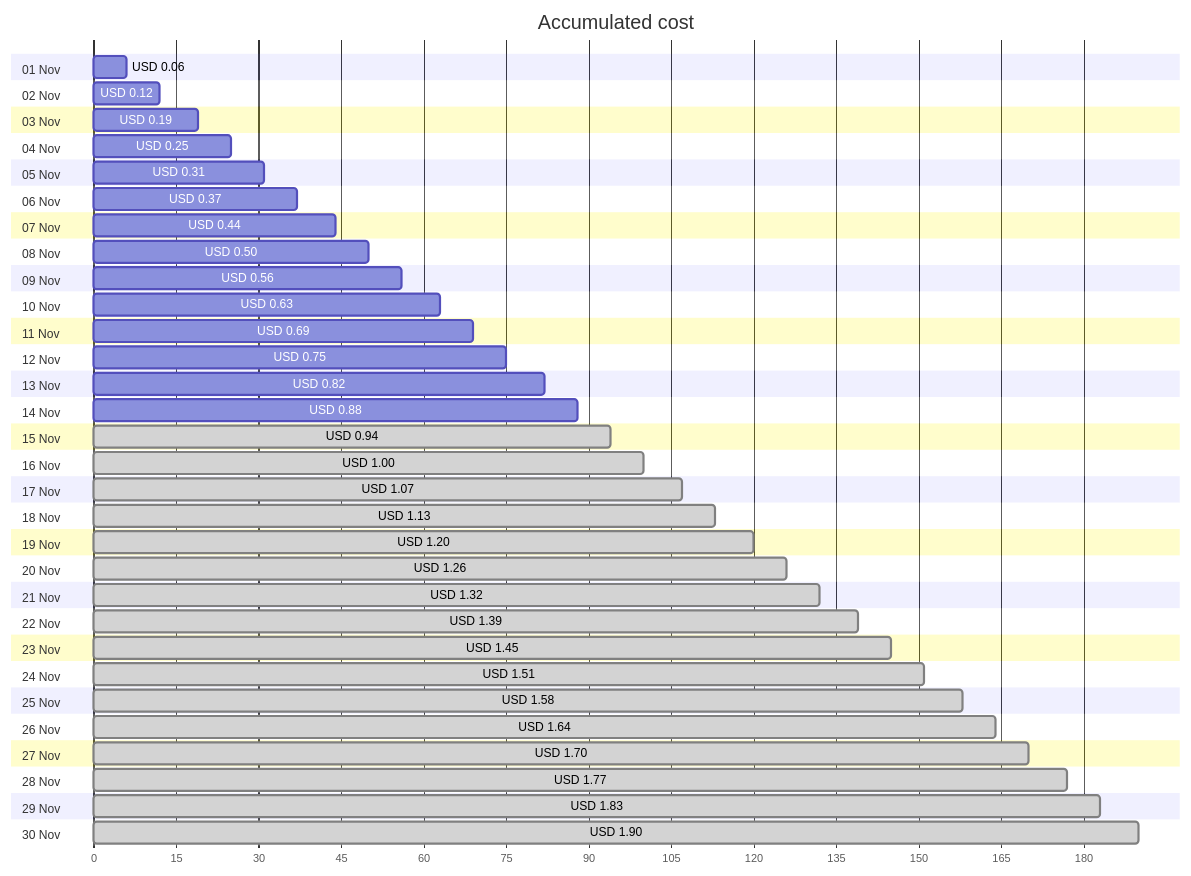
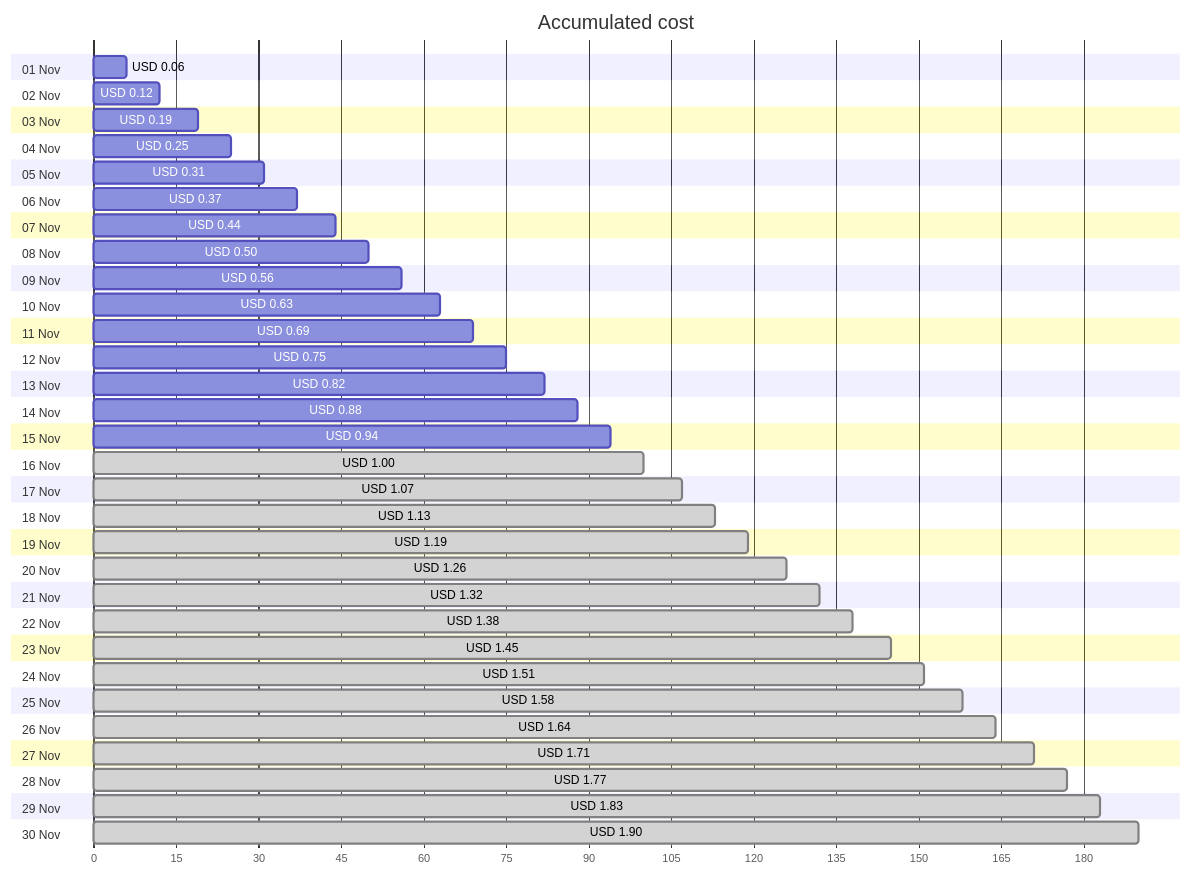
The first of 4 diagrams in cost-reports/personal-network/backup-server_OsDisk.md (jpfulton/azure-personal-reports), drawn with Mermaid before and after one commit. The commit also changed other lines of this file and 8 other files, not shown here.

````diff
--- a/cost-reports/personal-network/backup-server_OsDisk.md
+++ b/cost-reports/personal-network/backup-server_OsDisk.md
@@ -20,66 +20,66 @@
 ```mermaid
 gantt
    title Accumulated cost
    dateFormat  X
    axisFormat %s
    section 01 Nov
    USD 0.06 :0, 6
    section 02 Nov
    USD 0.12 :0, 12
    section 03 Nov
    USD 0.19 :0, 19
    section 04 Nov
    USD 0.25 :0, 25
    section 05 Nov
    USD 0.31 :0, 31
    section 06 Nov
    USD 0.37 :0, 37
    section 07 Nov
    USD 0.44 :0, 44
    section 08 Nov
    USD 0.50 :0, 50
    section 09 Nov
    USD 0.56 :0, 56
    section 10 Nov
    USD 0.63 :0, 63
    section 11 Nov
    USD 0.69 :0, 69
    section 12 Nov
    USD 0.75 :0, 75
    section 13 Nov
    USD 0.82 :0, 82
    section 14 Nov
    USD 0.88 :0, 88
    section 15 Nov
-   USD 0.94 : done, 0, 94
+   USD 0.94 :0, 94
    section 16 Nov
    USD 1.00 : done, 0, 100
    section 17 Nov
    USD 1.07 : done, 0, 107
    section 18 Nov
    USD 1.13 : done, 0, 113
    section 19 Nov
-   USD 1.20 : done, 0, 120
+   USD 1.19 : done, 0, 119
    section 20 Nov
    USD 1.26 : done, 0, 126
    section 21 Nov
    USD 1.32 : done, 0, 132
    section 22 Nov
-   USD 1.39 : done, 0, 139
+   USD 1.38 : done, 0, 138
    section 23 Nov
    USD 1.45 : done, 0, 145
    section 24 Nov
    USD 1.51 : done, 0, 151
    section 25 Nov
    USD 1.58 : done, 0, 158
    section 26 Nov
    USD 1.64 : done, 0, 164
    section 27 Nov
-   USD 1.70 : done, 0, 170
+   USD 1.71 : done, 0, 171
    section 28 Nov
    USD 1.77 : done, 0, 177
    section 29 Nov
    USD 1.83 : done, 0, 183
    section 30 Nov
    USD 1.90 : done, 0, 190
 ```
````
